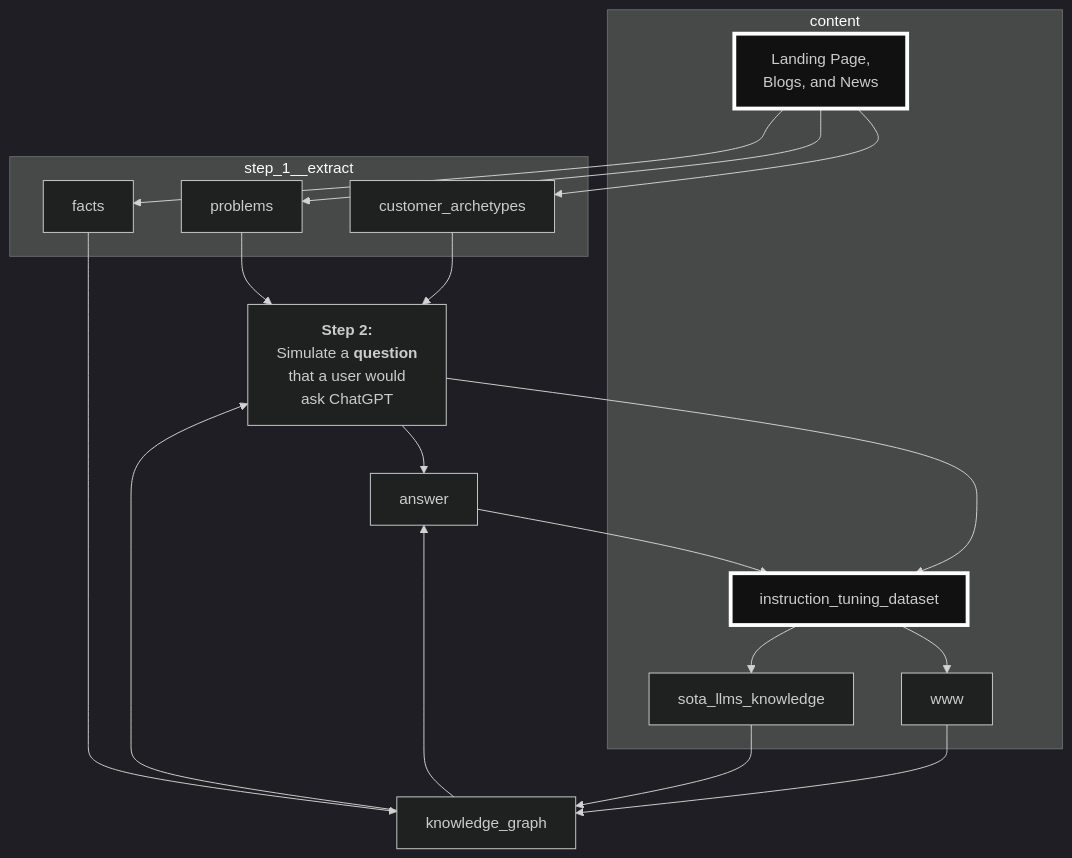
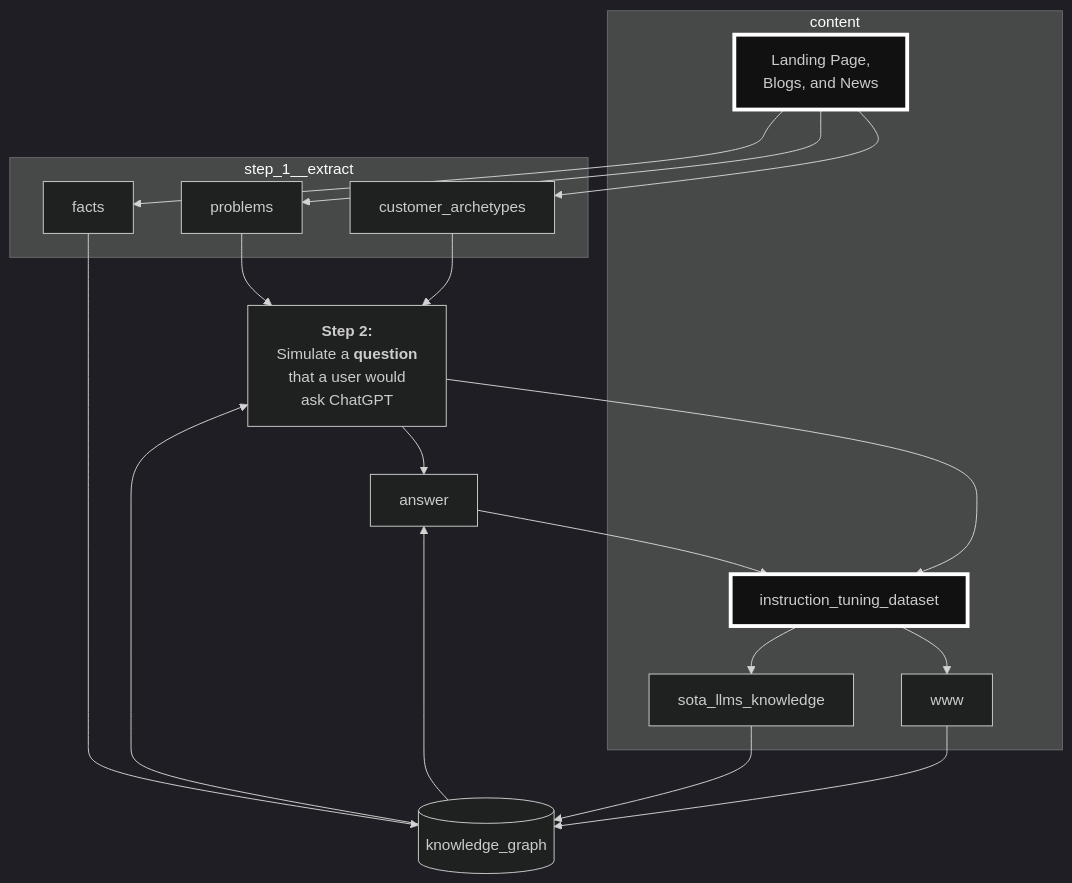
One commit to kirilligum/prls.co changed the diagram in diagrams/how_genit_works.mmd. Above: the diagram before and after it, drawn with Mermaid.

Commit message:
style: Change knowledge_graph node to database style in diagram

```diff
--- a/diagrams/how_genit_works.mmd
+++ b/diagrams/how_genit_works.mmd
@@ -1,37 +1,37 @@
 %%{init: {'theme':'dark', 'themeVariables': {'background': '#212121'}}}%%
 graph TD
 
 subgraph content
 ai_landing_page["Landing Page,<br/>Blogs, and News"]
 www
 sota_llms_knowledge
 instruction_tuning_dataset
 end
 
 subgraph step_1__extract
 customer_archetypes
 problems
 facts
 end
 
 simulated_user_question["<b>Step 2:</b><br/>Simulate a <b>question</b><br/>that a user would<br/>ask ChatGPT"]
 
 ai_landing_page --> customer_archetypes
 ai_landing_page --> problems
 ai_landing_page --> facts
-facts --> knowledge_graph
+facts --> knowledge_graph[(knowledge_graph)]
 www --> knowledge_graph
 sota_llms_knowledge --> knowledge_graph
 customer_archetypes --> simulated_user_question
 problems --> simulated_user_question
 knowledge_graph --> simulated_user_question
 simulated_user_question --> answer
 knowledge_graph --> answer
 simulated_user_question --> instruction_tuning_dataset
 answer --> instruction_tuning_dataset
 instruction_tuning_dataset --> www
 instruction_tuning_dataset -->sota_llms_knowledge
 
 
 style ai_landing_page stroke:#ffffff,stroke-width:4px,fill:#111111
 style instruction_tuning_dataset stroke:#ffffff,stroke-width:4px,fill:#111111
```
